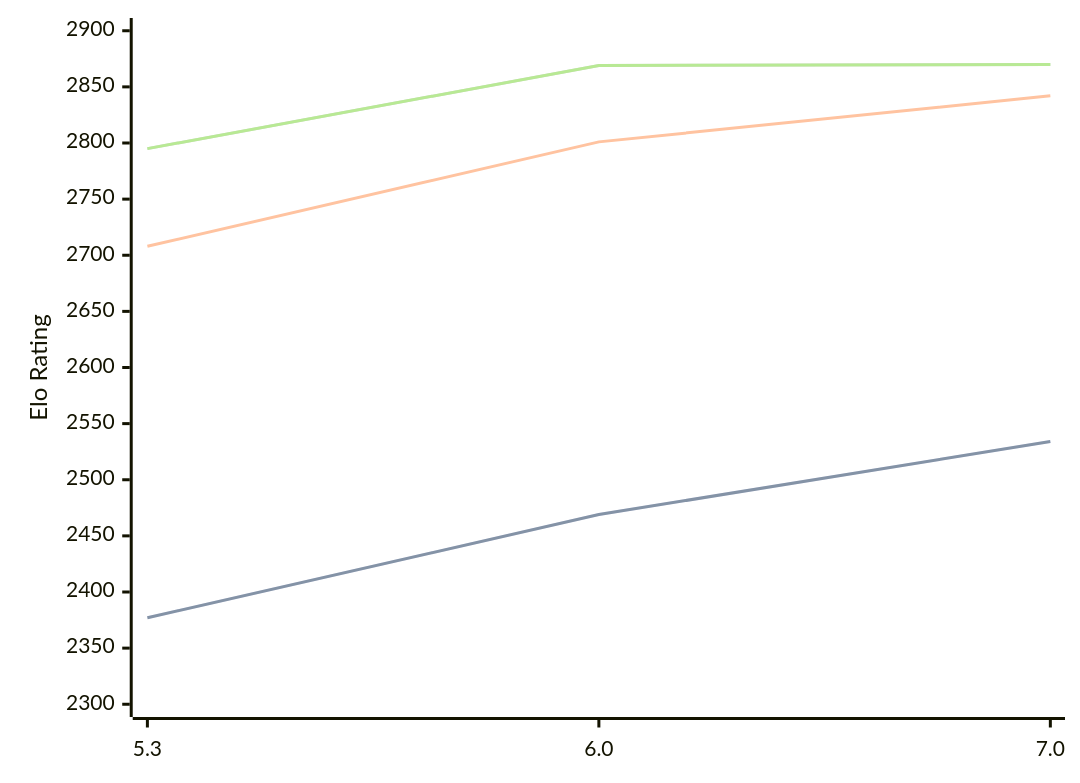
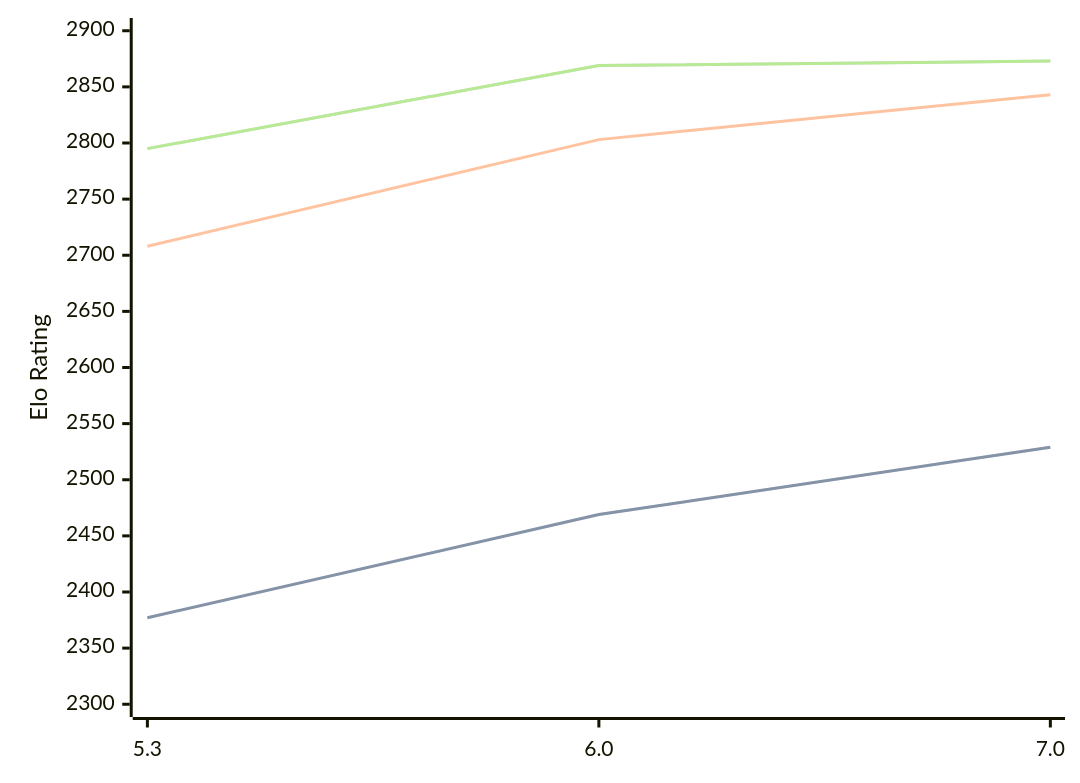
One commit to computer-chess-index/cci changed the diagram in engines/tomitankChess.md. Above: the diagram before and after it, drawn with Mermaid. The commit also changed other lines of this file, not shown here.

Commit message:
Update CCI Ratings (ELO VLTC) - 2026-07-21

````diff
--- a/engines/tomitankChess.md
+++ b/engines/tomitankChess.md
@@ -41,11 +41,11 @@
 ```mermaid
 %%{init: {"theme":"base","themeVariables":{"seriesColors:['#a3a3a3','#222221','#faa371']}}}%%
 xychart-beta
   x-axis ["5.3", "6.0", "7.0"]
   y-axis "Elo Rating" 2300 --> 2900
-  line "STC (8.0+0.08s)" [2377, 2469, 2534]
-  line "STC (8.0+0.08s)" [2377, 2469, 2534]
-  line "LTC (60.0+0.60s)" [2708, 2801, 2842]
-  line "VLTC (2m24s+1.12s)" [2795, 2869, 2870]
-  line "VLTC (2m24s+1.12s)" [2795, 2869, 2870]
+  line "STC (8.0+0.08s)" [2377, 2469, 2529]
+  line "STC (8.0+0.08s)" [2377, 2469, 2529]
+  line "LTC (60.0+0.60s)" [2708, 2803, 2843]
+  line "VLTC (2m24s+1.12s)" [2795, 2869, 2873]
+  line "VLTC (2m24s+1.12s)" [2795, 2869, 2873]
 ```
````
